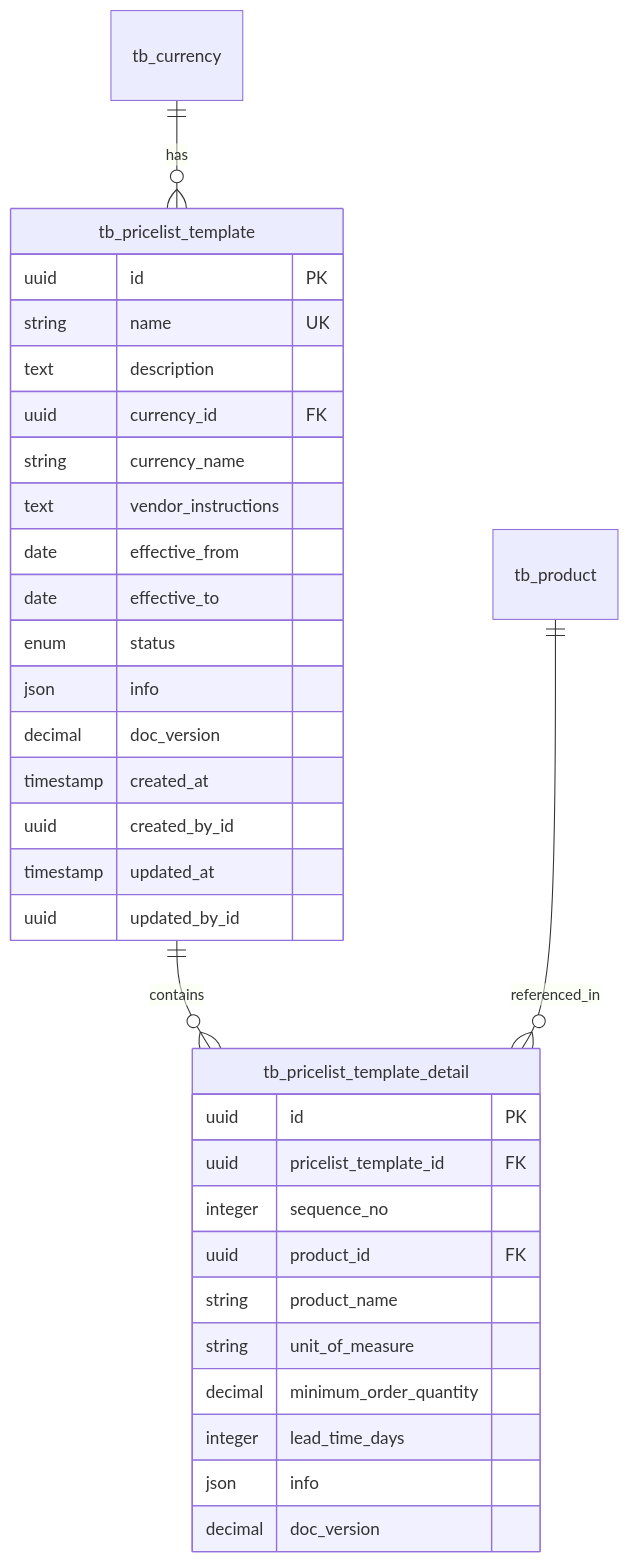
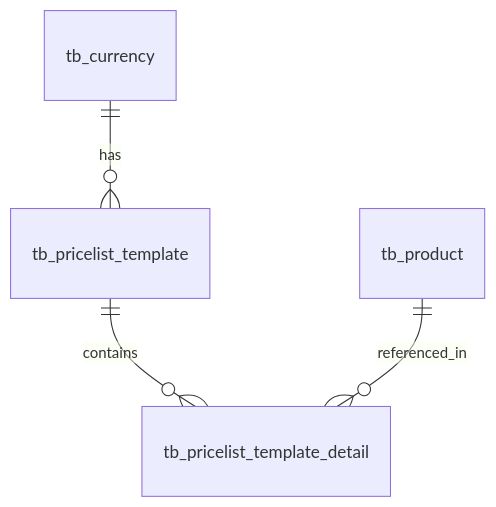
One commit to PeakMNA/carmen changed the second of 12 diagrams in docs/app/vendor-management/pricelist-templates/FD-pricelist-templates.md. Above: the diagram before and after it, drawn with Mermaid. The commit also changed other lines of this file and 473 other files, not shown here.

````diff
--- a/docs/app/vendor-management/pricelist-templates/FD-pricelist-templates.md
+++ b/docs/app/vendor-management/pricelist-templates/FD-pricelist-templates.md
@@ -76,37 +77,6 @@
 ```mermaid
 erDiagram
-    tb_currency ||--o{ tb_pricelist_template : "has"
-    tb_pricelist_template ||--o{ tb_pricelist_template_detail : "contains"
-    tb_product ||--o{ tb_pricelist_template_detail : "referenced_in"
-
-    tb_pricelist_template {
-        uuid id PK
-        string name UK
-        text description
-        uuid currency_id FK
-        string currency_name
-        text vendor_instructions
-        date effective_from
-        date effective_to
-        enum status
-        json info
-        decimal doc_version
-        timestamp created_at
-        uuid created_by_id
-        timestamp updated_at
-        uuid updated_by_id
-    }
-
-    tb_pricelist_template_detail {
-        uuid id PK
-        uuid pricelist_template_id FK
-        integer sequence_no
-        uuid product_id FK
-        string product_name
-        string unit_of_measure
-        decimal minimum_order_quantity
-        integer lead_time_days
-        json info
-        decimal doc_version
-    }
+    tb_currency ||--o{ tb_pricelist_template : has
+    tb_pricelist_template ||--o{ tb_pricelist_template_detail : contains
+    tb_product ||--o{ tb_pricelist_template_detail : referenced_in
 ```
````
